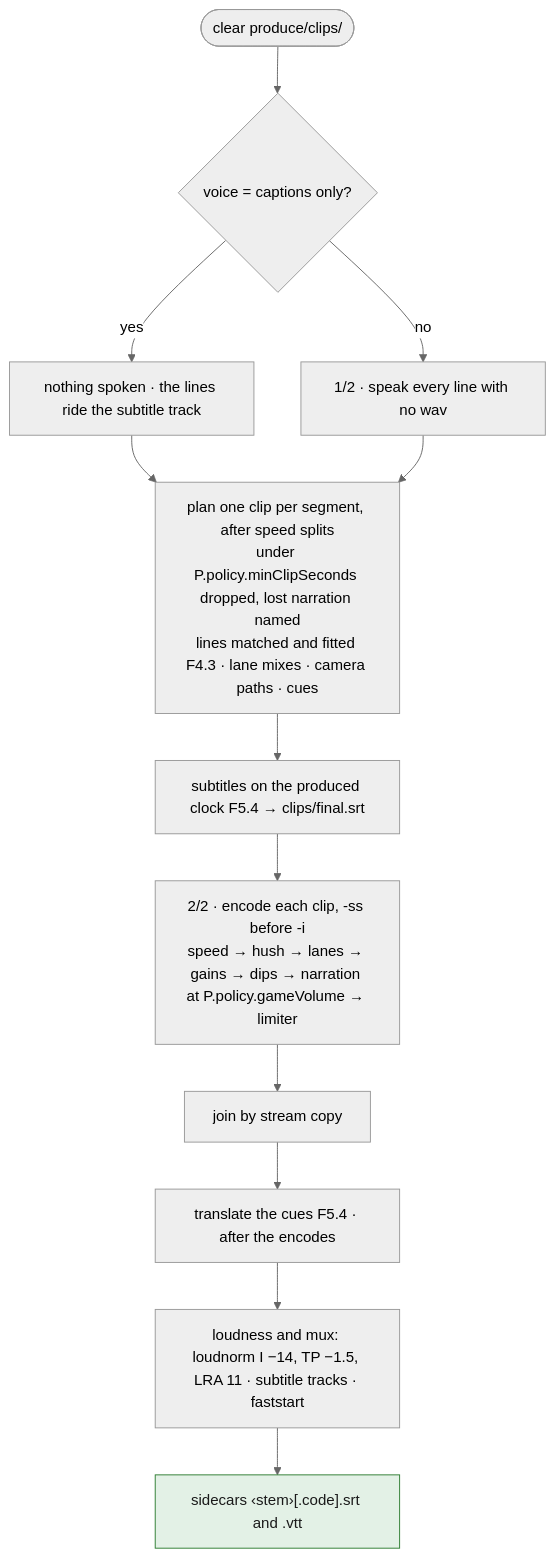
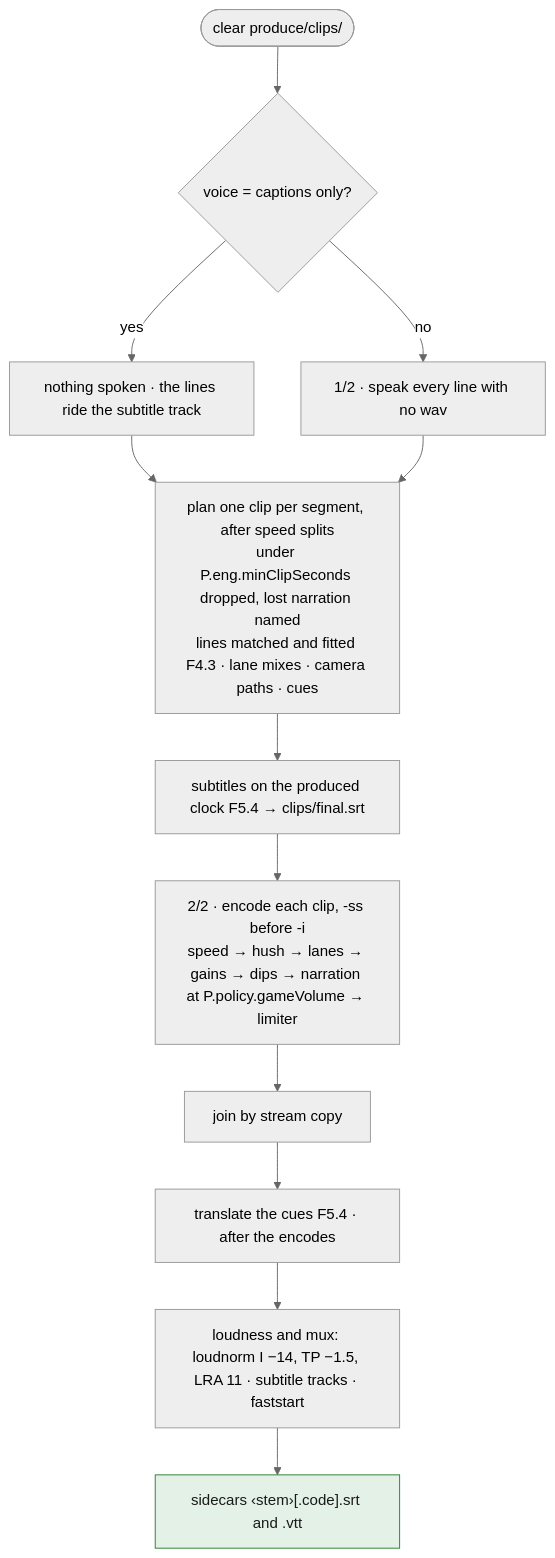
One commit to tbocek/naivepost changed the second of 6 diagrams in spec/08-produce.md. Above: the diagram before and after it, drawn with Mermaid (neutral theme). The commit also changed other lines of this file and 16 other files, not shown here.

````diff
--- a/spec/08-produce.md
+++ b/spec/08-produce.md
@@ -56,17 +56,17 @@
 ```mermaid
 flowchart TD
   A(["clear produce/clips/"]) --> SPK{"voice = captions only?"}
   SPK -- yes --> CAPS["nothing spoken · the lines ride the subtitle track"]
   SPK -- no --> SP["1/2 · speak every line with no wav"]
   CAPS --> PL
-  SP --> PL["plan one clip per segment, after speed splits<br/>under P.policy.minClipSeconds dropped, lost narration named<br/>lines matched and fitted F4.3 · lane mixes · camera paths · cues"]
+  SP --> PL["plan one clip per segment, after speed splits<br/>under P.eng.minClipSeconds dropped, lost narration named<br/>lines matched and fitted F4.3 · lane mixes · camera paths · cues"]
   PL --> SUB["subtitles on the produced clock F5.4 → clips/final.srt"]
   SUB --> ENC["2/2 · encode each clip, -ss before -i<br/>speed → hush → lanes → gains → dips → narration at P.policy.gameVolume → limiter"]
   ENC --> JN["join by stream copy"]
   JN --> TR["translate the cues F5.4 · after the encodes"]
   TR --> MX["loudness and mux: loudnorm I −14, TP −1.5, LRA 11 · subtitle tracks · faststart"]
   MX --> SC["sidecars ‹stem›[.code].srt and .vtt"]:::done
   classDef refuse fill:#fde2e1,stroke:#c01c28,color:#1a1a1a
   classDef done fill:#e3f1e6,stroke:#2e7d32,color:#1a1a1a
   classDef ask fill:#e8eefc,stroke:#3a63c8,color:#1a1a1a
 ```
````
